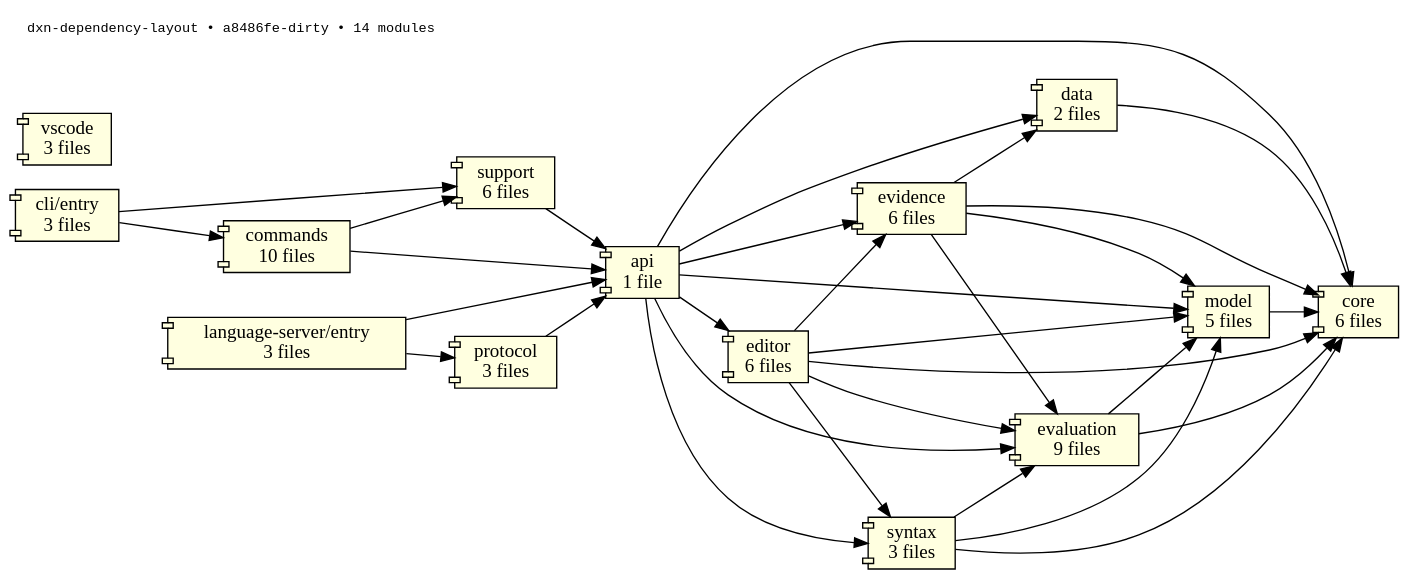
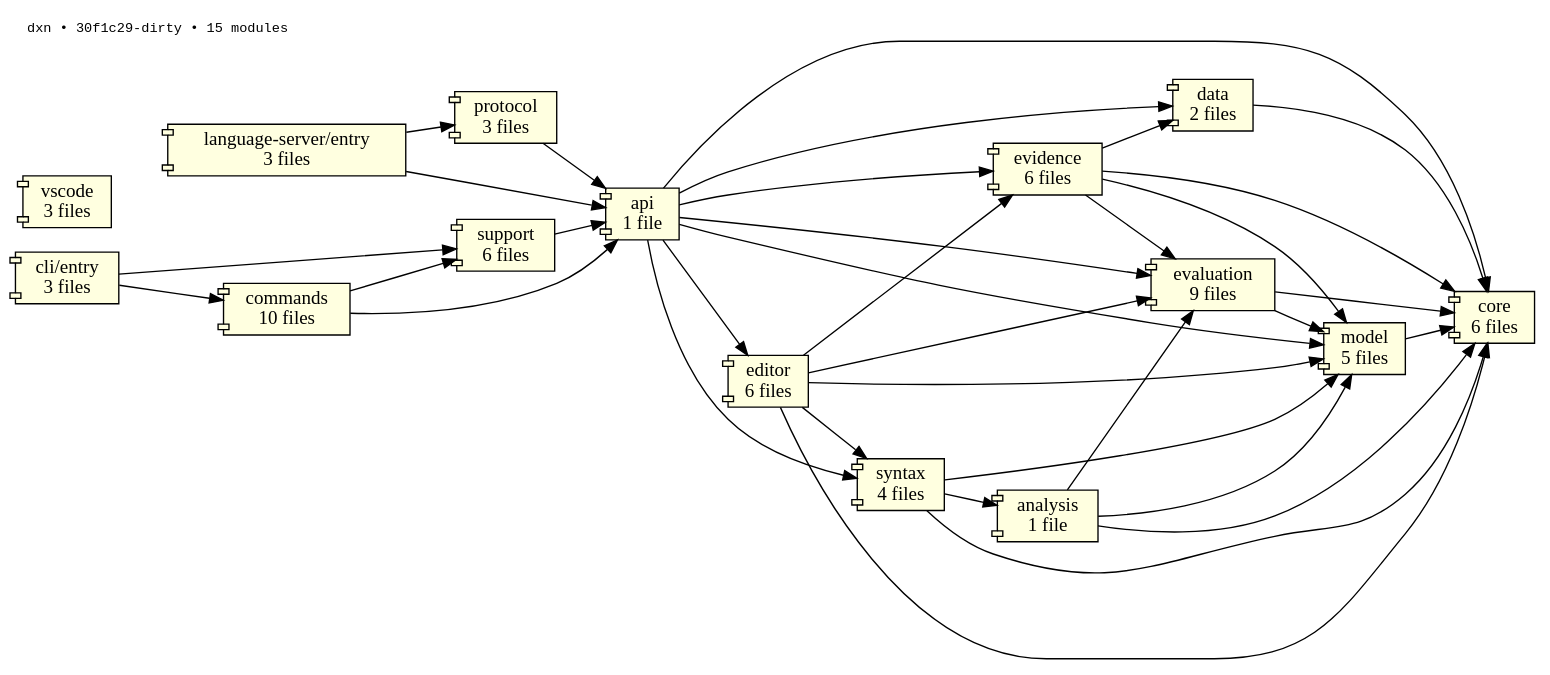
Before and after one commit to LegacyCodeHQ/dxn: the diagram in docs/architecture/dependencies.dot, drawn with Graphviz. The commit also changed 10 other files, not shown here.

Commit message:
refactor: separate syntax reading from source analysis

```diff
--- a/docs/architecture/dependencies.dot
+++ b/docs/architecture/dependencies.dot
@@ -1,56 +1,60 @@
 digraph dependencies {
   rankdir=LR;
   node [shape=box];
-  label="dxn-dependency-layout • a8486fe-dirty • 14 modules";
+  label="dxn • 30f1c29-dirty • 15 modules";
   labelloc=t;
   labeljust=l;
   fontsize=10;
   fontname=Courier;
 
   "cli/commands" [label="commands\n10 files", shape=component, style=filled, fillcolor=lightyellow];
   "cli/entry" [label="cli/entry\n3 files", shape=component, style=filled, fillcolor=lightyellow];
   "cli/support" [label="support\n6 files", shape=component, style=filled, fillcolor=lightyellow];
   "language-server/entry" [label="language-server/entry\n3 files", shape=component, style=filled, fillcolor=lightyellow];
   "language-server/protocol" [label="protocol\n3 files", shape=component, style=filled, fillcolor=lightyellow];
+  "language/analysis" [label="analysis\n1 file", shape=component, style=filled, fillcolor=lightyellow];
   "language/api" [label="api\n1 file", shape=component, style=filled, fillcolor=lightyellow];
   "language/core" [label="core\n6 files", shape=component, style=filled, fillcolor=lightyellow];
   "language/data" [label="data\n2 files", shape=component, style=filled, fillcolor=lightyellow];
   "language/editor" [label="editor\n6 files", shape=component, style=filled, fillcolor=lightyellow];
   "language/evaluation" [label="evaluation\n9 files", shape=component, style=filled, fillcolor=lightyellow];
   "language/evidence" [label="evidence\n6 files", shape=component, style=filled, fillcolor=lightyellow];
   "language/model" [label="model\n5 files", shape=component, style=filled, fillcolor=lightyellow];
-  "language/syntax" [label="syntax\n3 files", shape=component, style=filled, fillcolor=lightyellow];
+  "language/syntax" [label="syntax\n4 files", shape=component, style=filled, fillcolor=lightyellow];
   "vscode" [label="vscode\n3 files", shape=component, style=filled, fillcolor=lightyellow];
 
   "cli/commands" -> "cli/support";
   "cli/commands" -> "language/api";
   "cli/entry" -> "cli/commands";
   "cli/entry" -> "cli/support";
   "cli/support" -> "language/api";
   "language-server/entry" -> "language-server/protocol";
   "language-server/entry" -> "language/api";
   "language-server/protocol" -> "language/api";
+  "language/analysis" -> "language/core";
+  "language/analysis" -> "language/evaluation";
+  "language/analysis" -> "language/model";
   "language/api" -> "language/core";
   "language/api" -> "language/data";
   "language/api" -> "language/editor";
   "language/api" -> "language/evaluation";
   "language/api" -> "language/evidence";
   "language/api" -> "language/model";
   "language/api" -> "language/syntax";
   "language/data" -> "language/core";
   "language/editor" -> "language/core";
   "language/editor" -> "language/evaluation";
   "language/editor" -> "language/evidence";
   "language/editor" -> "language/model";
   "language/editor" -> "language/syntax";
   "language/evaluation" -> "language/core";
   "language/evaluation" -> "language/model";
   "language/evidence" -> "language/core";
   "language/evidence" -> "language/data";
   "language/evidence" -> "language/evaluation";
   "language/evidence" -> "language/model";
   "language/model" -> "language/core";
+  "language/syntax" -> "language/analysis";
   "language/syntax" -> "language/core";
-  "language/syntax" -> "language/evaluation";
   "language/syntax" -> "language/model";
 }
```
